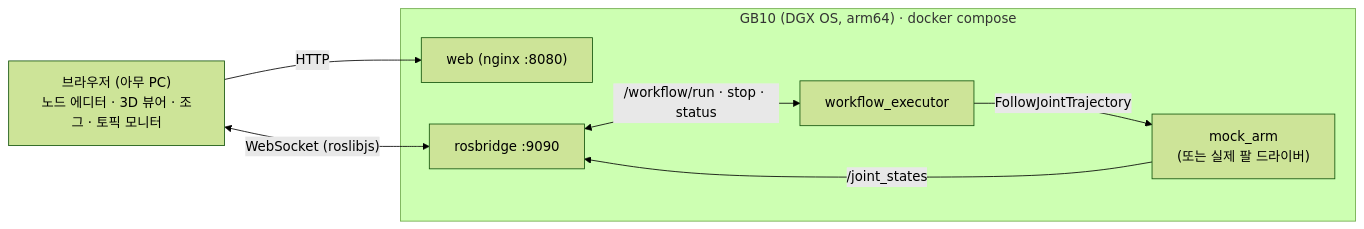
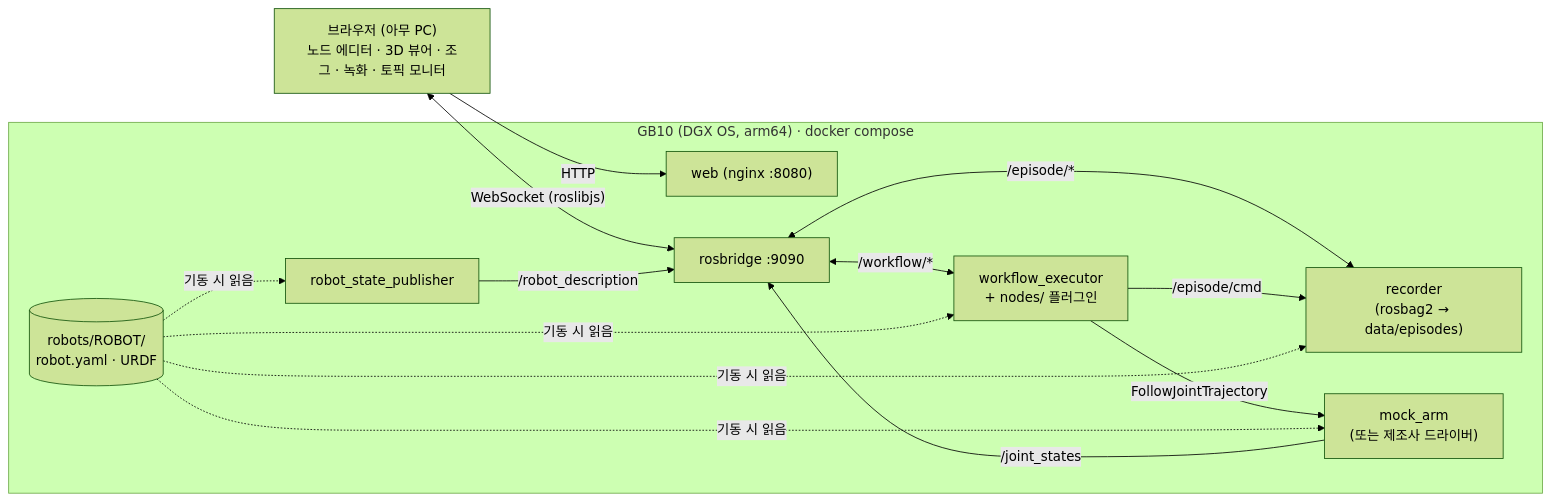
The diagram in README.md (sgustjd2/physical-ai), drawn with Mermaid (forest theme) before and after one commit. The commit also changed other lines of this file and 23 other files, not shown here.

First line of the commit message:
Add episode recording and robot-agnostic plugin structure

````diff
--- a/README.md
+++ b/README.md
@@ -10,15 +23,22 @@
 ```mermaid
 flowchart LR
-  B["브라우저 (아무 PC)<br/>노드 에디터 · 3D 뷰어 · 조그 · 토픽 모니터"]
+  B["브라우저 (아무 PC)<br/>노드 에디터 · 3D 뷰어 · 조그 · 녹화 · 토픽 모니터"]
   subgraph GB10["GB10 (DGX OS, arm64) · docker compose"]
     W["web (nginx :8080)"]
     RB["rosbridge :9090"]
-    EX["workflow_executor"]
-    M["mock_arm<br/>(또는 실제 팔 드라이버)"]
+    EX["workflow_executor<br/>+ nodes/ 플러그인"]
+    REC["recorder<br/>(rosbag2 → data/episodes)"]
+    RSP["robot_state_publisher"]
+    M["mock_arm<br/>(또는 제조사 드라이버)"]
+    P[("robots/ROBOT/<br/>robot.yaml · URDF")]
   end
   B -- HTTP --> W
   B <-- "WebSocket (roslibjs)" --> RB
-  RB <-- "/workflow/run · stop · status" --> EX
+  RB <-- "/workflow/*" --> EX
+  RB <-- "/episode/*" --> REC
   EX -- "FollowJointTrajectory" --> M
+  EX -- "/episode/cmd" --> REC
   M -- "/joint_states" --> RB
+  RSP -- "/robot_description" --> RB
+  P -. 기동 시 읽음 .-> EX & REC & RSP & M
 ```
````
